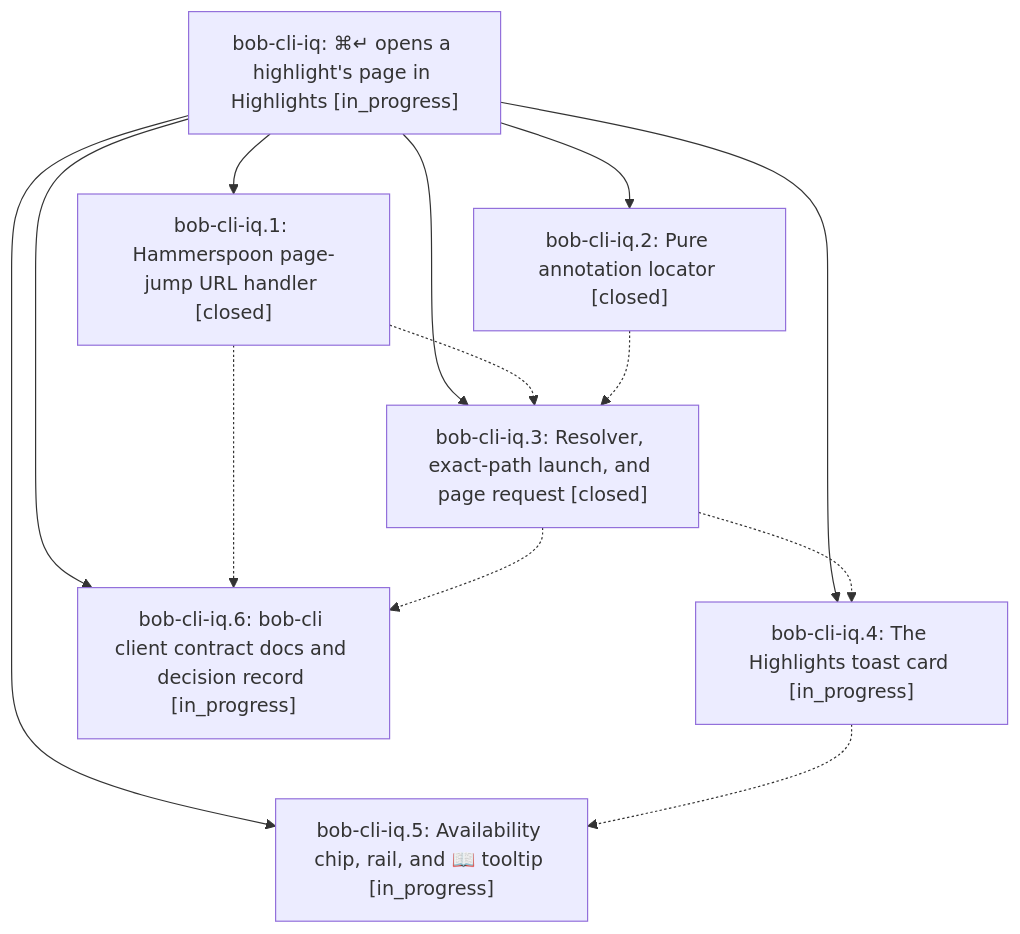
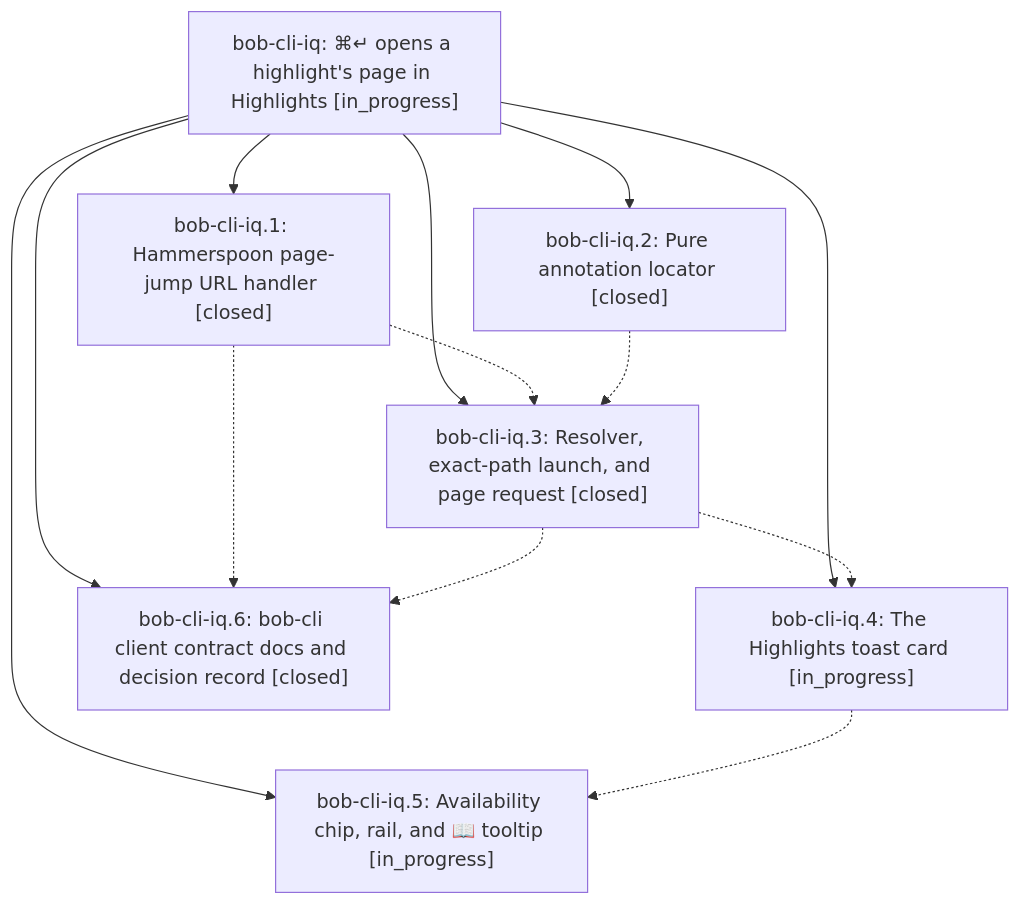
One commit to bobs-org/bob-cli--beads changed the diagram in pages/bob-cli-iq/README.md. Above: the diagram before and after it, drawn with Mermaid. The commit also changed other lines of this file and 4 other files, not shown here.

First line of the commit message:
chore(beads): sync bead state and pages for bob-cli-iq

````diff
--- a/pages/bob-cli-iq/README.md
+++ b/pages/bob-cli-iq/README.md
@@ -41,22 +41,22 @@
 ```mermaid
 flowchart TD
     n0["bob-cli-iq: ⌘↵ opens a highlight's page in Highlights [in_progress]"]
     n1["bob-cli-iq.1: Hammerspoon page-jump URL handler [closed]"]
     n2["bob-cli-iq.2: Pure annotation locator [closed]"]
     n3["bob-cli-iq.3: Resolver, exact-path launch, and page request [closed]"]
     n4["bob-cli-iq.4: The Highlights toast card [in_progress]"]
     n5["bob-cli-iq.5: Availability chip, rail, and 📖 tooltip [in_progress]"]
-    n6["bob-cli-iq.6: bob-cli client contract docs and decision record [in_progress]"]
+    n6["bob-cli-iq.6: bob-cli client contract docs and decision record [closed]"]
     n0 --> n1
     n0 --> n2
     n0 --> n3
     n0 --> n4
     n0 --> n5
     n0 --> n6
     n1 -.-> n3
     n1 -.-> n6
     n2 -.-> n3
     n3 -.-> n4
     n3 -.-> n6
     n4 -.-> n5
 ```
````
